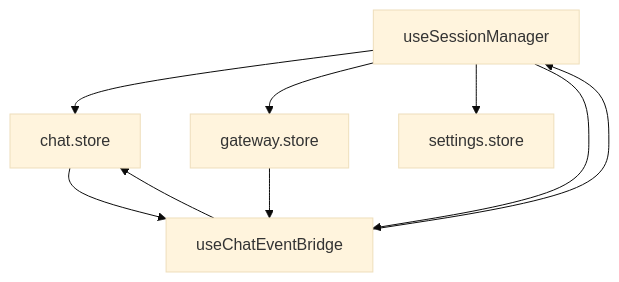
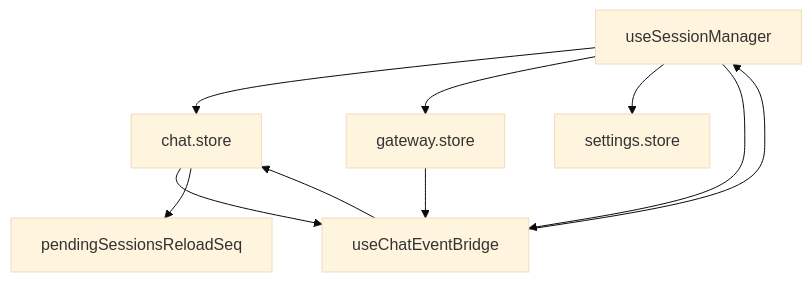
Diagram 14 of 15 in .qoder/repowiki/zh/content/核心概念/会话管理.md (verse-ai-org/openclaw), drawn with Mermaid (base theme) before and after one commit. The commit also changed other lines of this file and 55 other files, not shown here.

````diff
--- a/.qoder/repowiki/zh/content/核心概念/会话管理.md
+++ b/.qoder/repowiki/zh/content/核心概念/会话管理.md
@@ -624,11 +766,12 @@
 ```mermaid
 graph TB
 USM["useSessionManager"] --> CS["chat.store"]
 USM --> GS["gateway.store"]
 USM --> SS["settings.store"]
 USM --> CEB["useChatEventBridge"]
 CS --> CEB
 GS --> CEB
 CEB --> CS
 CEB --> USM
+CS --> PRL["pendingSessionsReloadSeq"]
 ```
````
